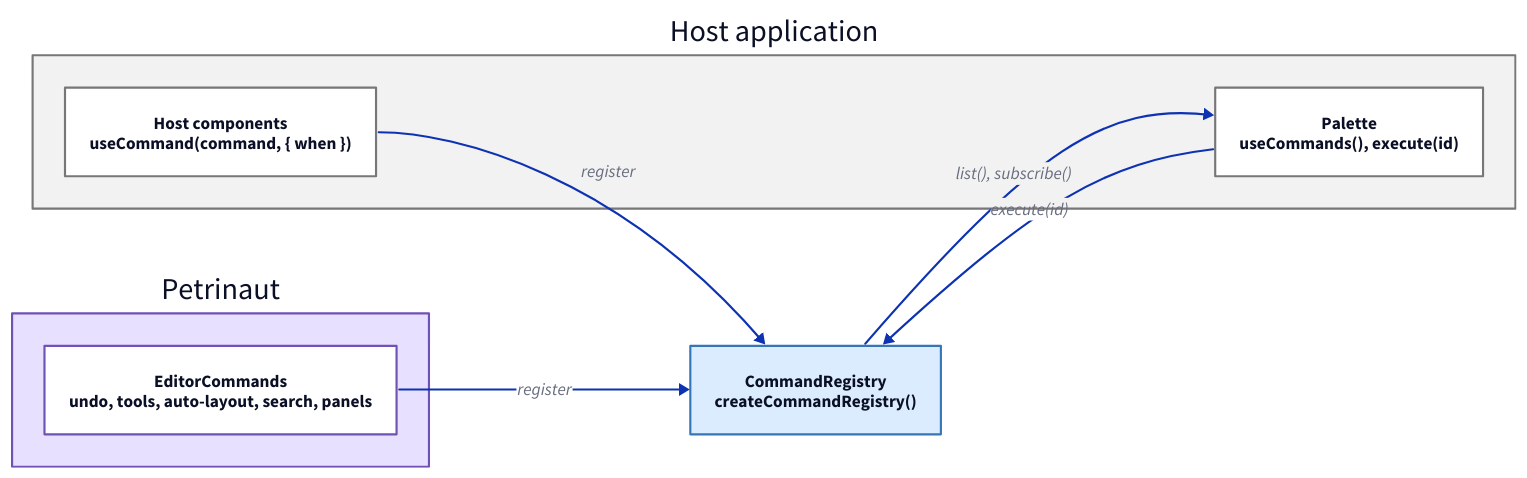
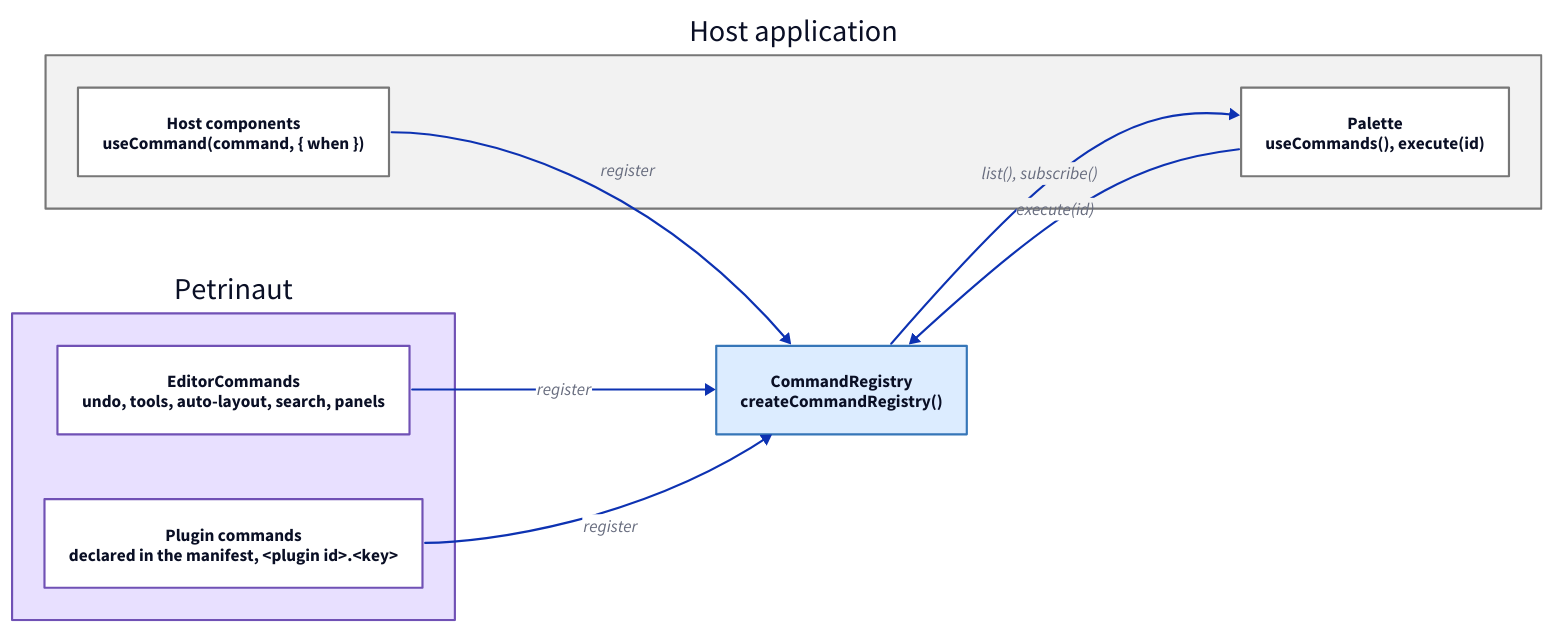
The diagram in libs/@local/petrinaut-arch-docs/content/diagrams/command-registry-flow.d2 (hashintel/hash), drawn with D2 before and after one commit. The commit also changed 20 other files, not shown here.

First line of the commit message:
Declare plugin commands in the manifest

```diff
--- a/libs/@local/petrinaut-arch-docs/content/diagrams/command-registry-flow.d2
+++ b/libs/@local/petrinaut-arch-docs/content/diagrams/command-registry-flow.d2
@@ -1,24 +1,26 @@
 # Hand-written; rendered by the arch-docs build. Palette matches the classes in
 # src/emit/d2.ts: core nodes use the `core` class, React bindings the `react`
 # class, and the host application the `other` class.
 direction: right
 
 host: "Host application" {
   style.fill: "#f2f2f2"
   style.stroke: "#777777"
   components: "Host components\nuseCommand(command, { when })" {style.fill: "#ffffff"; style.stroke: "#777777"}
   palette: "Palette\nuseCommands(), execute(id)" {style.fill: "#ffffff"; style.stroke: "#777777"}
 }
 
 registry: "CommandRegistry\ncreateCommandRegistry()" {style.fill: "#dcecff"; style.stroke: "#3676b8"}
 
 petrinaut: "Petrinaut" {
   style.fill: "#e8e0ff"
   style.stroke: "#7051b5"
   editor: "EditorCommands\nundo, tools, auto-layout, search, panels" {style.fill: "#ffffff"; style.stroke: "#7051b5"}
+  plugins: "Plugin commands\ndeclared in the manifest, <plugin id>.<key>" {style.fill: "#ffffff"; style.stroke: "#7051b5"}
 }
 
 host.components -> registry: register
 petrinaut.editor -> registry: register
+petrinaut.plugins -> registry: register
 registry -> host.palette: "list(), subscribe()"
 host.palette -> registry: "execute(id)"
```
